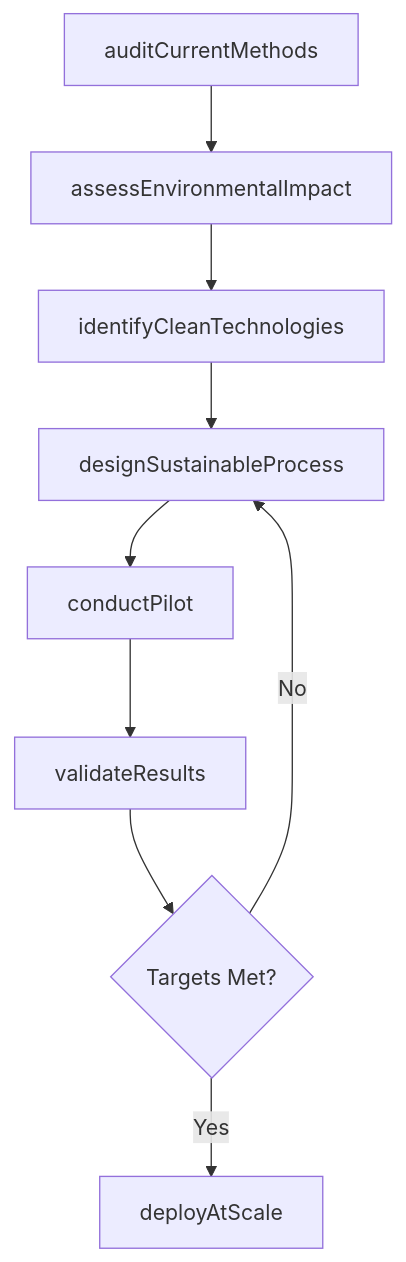
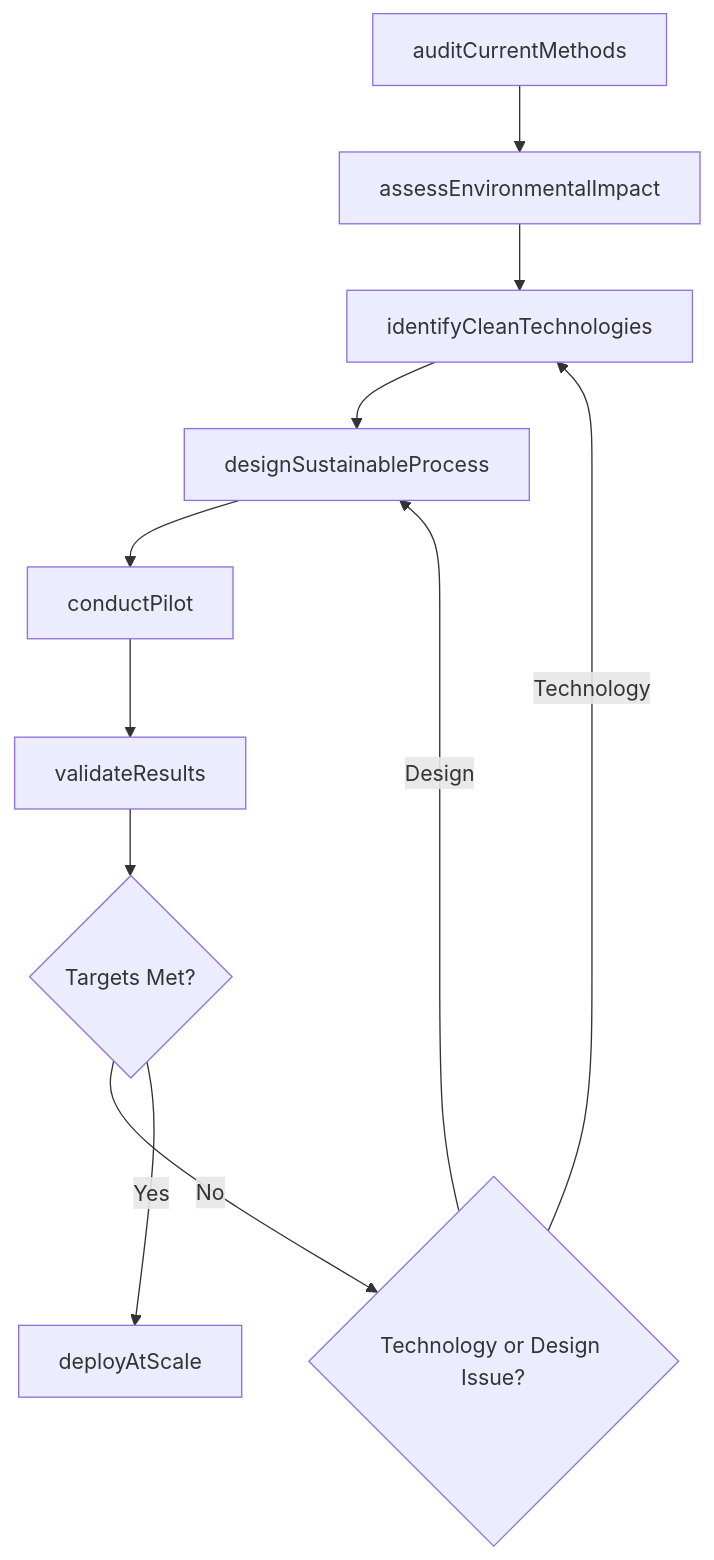
One commit to dot-org-ai/tasks.org.ai changed the third of 4 diagrams in ThinkingCreatively/DevelopSustainableOrganizationalOrBusinessPoliciesOrPractices/DevelopSustainableIndustrialDevelopmentMethods.mdx. Above: the diagram before and after it, drawn with Mermaid. The commit also changed other lines of this file and 266 other files, not shown here.

First line of the commit message:
feat: Add ER diagrams, state diagrams to wave 2 batch (251 DWA files)

````diff
--- a/ThinkingCreatively/DevelopSustainableOrganizationalOrBusinessPoliciesOrPractices/DevelopSustainableIndustrialDevelopmentMethods.mdx
+++ b/ThinkingCreatively/DevelopSustainableOrganizationalOrBusinessPoliciesOrPractices/DevelopSustainableIndustrialDevelopmentMethods.mdx
@@ -87,11 +115,13 @@
 ```mermaid
 graph TD
     A[auditCurrentMethods] --> B[assessEnvironmentalImpact]
     B --> C[identifyCleanTechnologies]
     C --> D[designSustainableProcess]
     D --> E[conductPilot]
     E --> F[validateResults]
     F --> G{Targets Met?}
-    G -->|Yes| H[deployAtScale]
-    G -->|No| D
+    G -->|No| H{Technology or Design Issue?}
+    H -->|Technology| C
+    H -->|Design| D
+    G -->|Yes| I[deployAtScale]
 ```
````
